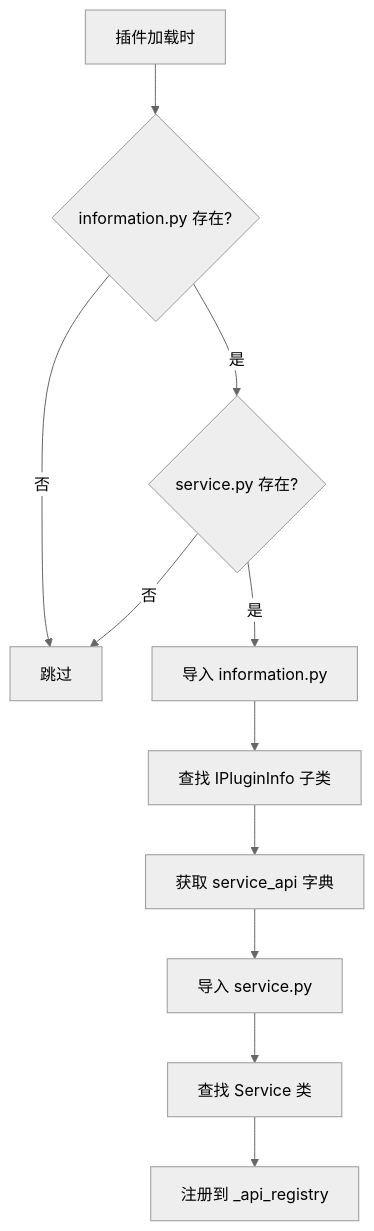
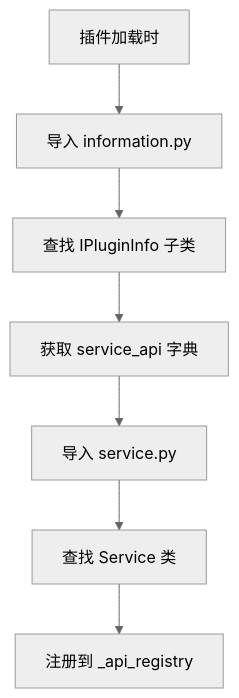
One commit to KKPIP-Tech/InstructionX changed the third of 5 diagrams in docs/core/plugin-system/overview.md. Above: the diagram before and after it, drawn with Mermaid (neutral theme). The commit also changed other lines of this file and 24 other files, not shown here.

````diff
--- a/docs/core/plugin-system/overview.md
+++ b/docs/core/plugin-system/overview.md
@@ -160,16 +160,10 @@
 ```mermaid
 flowchart TD
-    A[插件加载时] --> B{information.py 存在?}
+    A[插件加载时] --> B[导入 information.py]
 
-    B -->|否| Z[跳过]
-    B -->|是| C{service.py 存在?}
-
-    C -->|否| Z
-    C -->|是| D[导入 information.py]
-
-    D --> E[查找 IPluginInfo 子类]
-    E --> F[获取 service_api 字典]
-    F --> G[导入 service.py]
-    G --> H[查找 Service 类]
-    H --> I[注册到 _api_registry]
+    B --> C[查找 IPluginInfo 子类]
+    C --> D[获取 service_api 字典]
+    D --> E[导入 service.py]
+    E --> F[查找 Service 类]
+    F --> G[注册到 _api_registry]
 ```
````
